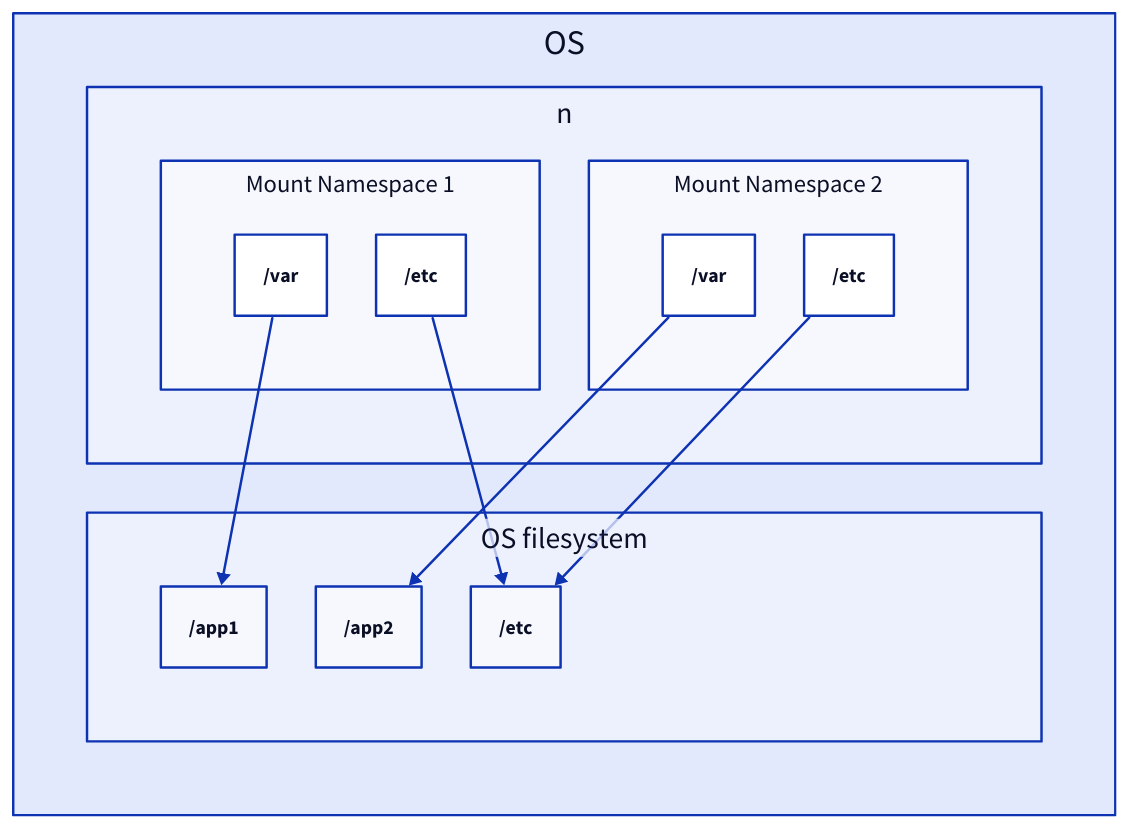
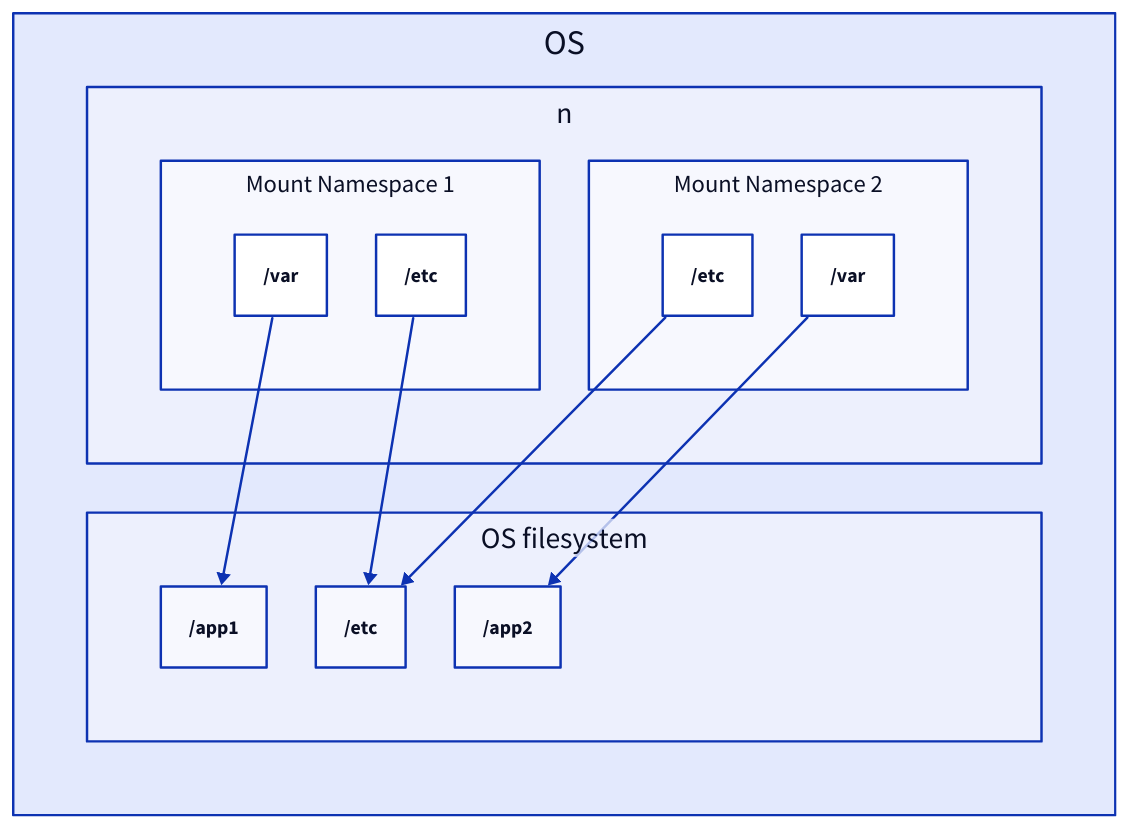
Before and after one commit to link1905/system-design-101: diagram 17 of 26 in content/docs/system-administration/system-deployment/containerization.md, drawn with D2. The commit also changed other lines of this file and 49 other files, not shown here.

````diff
--- a/content/docs/system-administration/system-deployment/containerization.md
+++ b/content/docs/system-administration/system-deployment/containerization.md
@@ -554,43 +553,43 @@
 ```d2
 OS {
   grid-rows: 2
   n {
     class: none
     grid-rows: 1
     n1: Mount Namespace 1 {
         grid-rows: 1
         h: "/var" {
           class: folder
         }
         e: "/etc" {
           class: folder
         }
     }
     n2: Mount Namespace 2 {
         grid-rows: 1
-        v: "/var" {
+        e: "/etc" {
           class: folder
         }
-        e: "/etc" {
+        v: "/var" {
           class: folder
         }
     }
   }
   f: OS filesystem {
       grid-rows: 1
       u: "/app1" {
         class: folder
       }
-      a: "/app2" {
+      e: "/etc" {
         class: folder
       }
-      e: "/etc" {
+      a: "/app2" {
         class: folder
       }
   }
   n.n1.e -> f.e
   n.n1.h -> f.u
   n.n2.e -> f.e
   n.n2.v -> f.a
 }
 ```
````
